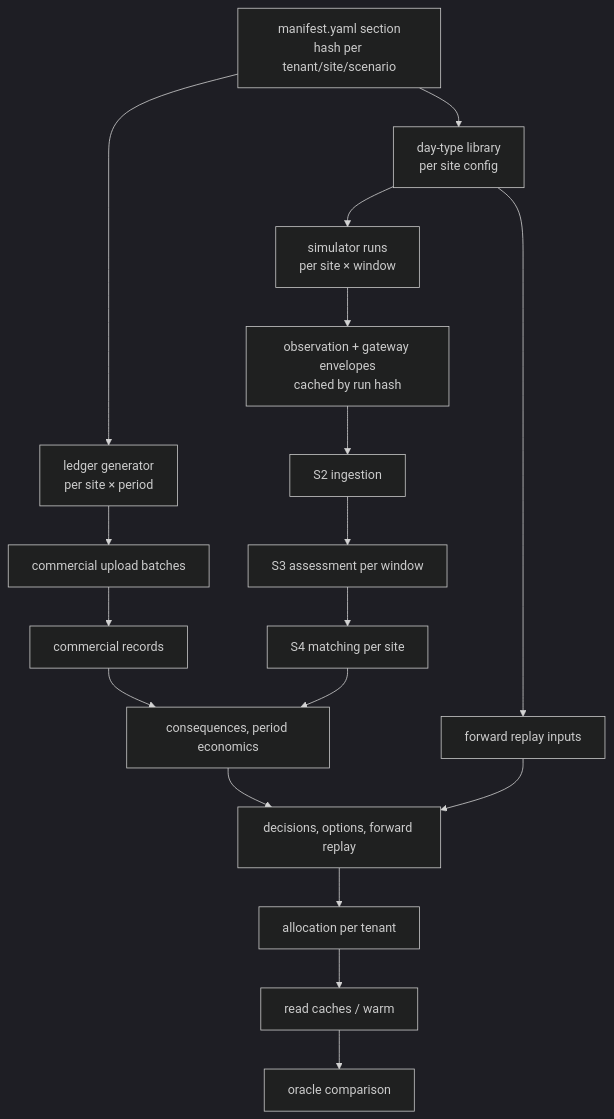
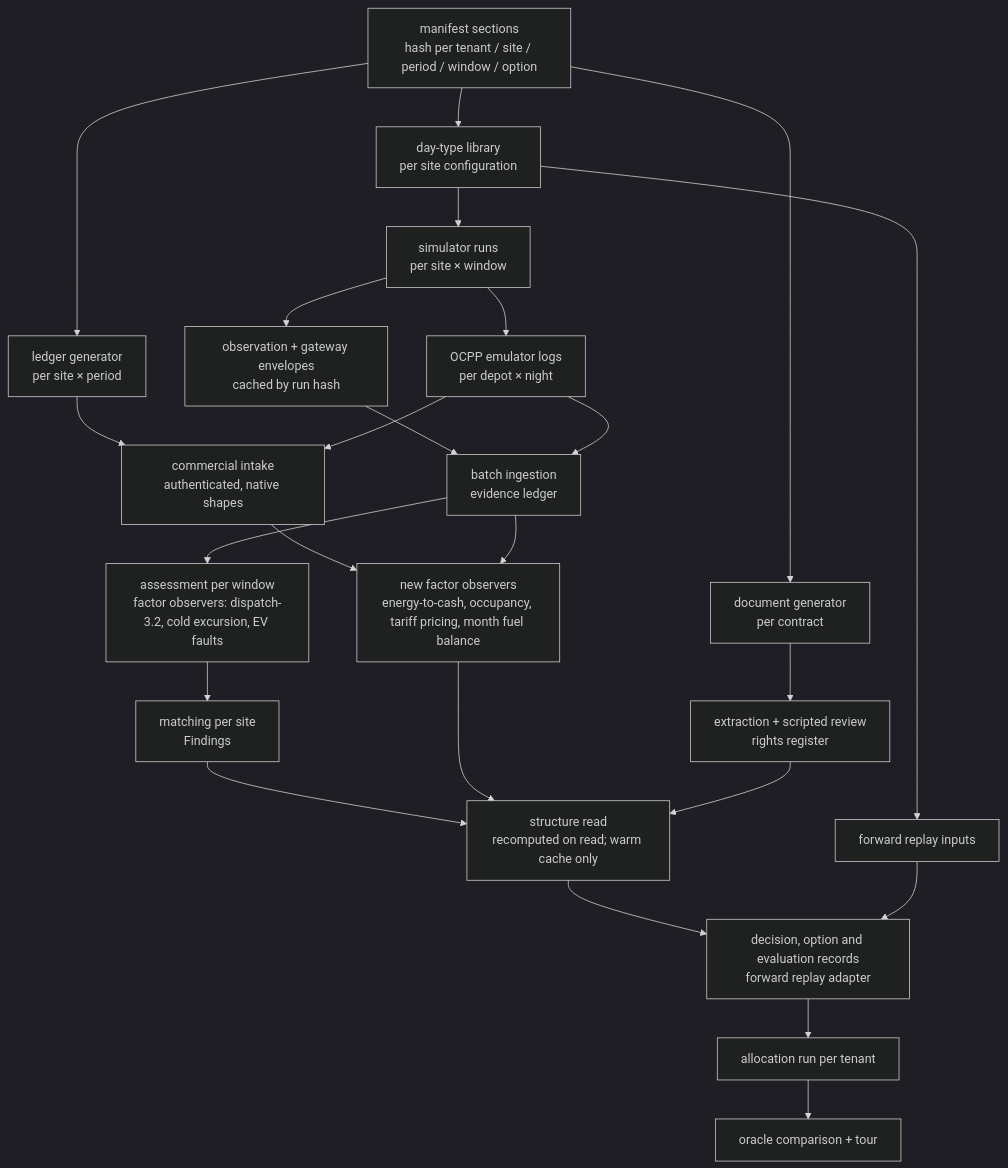
One commit to bineyame/AssetOpsV1 changed the diagram in Docs/demo-sprint/product-direction-layer4/demo-build-cost-plan.md. Above: the diagram before and after it, drawn with Mermaid (dark theme). The commit also changed other lines of this file and 148 other files, not shown here.

Commit message:
Layer 4 design pack rev 4: fundamental redesign per owner feedback (review REVISE: H1 Protect factors, M1-M3)

````diff
--- a/Docs/demo-sprint/product-direction-layer4/demo-build-cost-plan.md
+++ b/Docs/demo-sprint/product-direction-layer4/demo-build-cost-plan.md
@@ -65,20 +127,26 @@
 ```mermaid
 flowchart TD
-  M[manifest.yaml section<br/>hash per tenant/site/scenario] --> LG[ledger generator<br/>per site × period]
-  M --> DT[day-type library<br/>per site config]
+  M[manifest sections<br/>hash per tenant / site / period / window / option] --> LG[ledger generator<br/>per site × period]
+  M --> DG[document generator<br/>per contract]
+  M --> DT[day-type library<br/>per site configuration]
   DT --> SIM[simulator runs<br/>per site × window]
   SIM --> OBS[observation + gateway envelopes<br/>cached by run hash]
-  LG --> CU[commercial upload batches]
-  OBS --> S2[S2 ingestion]
-  CU --> CR[commercial records]
-  S2 --> S3[S3 assessment per window]
-  S3 --> S4[S4 matching per site]
-  S4 --> FIN[consequences, period economics]
-  CR --> FIN
-  FIN --> DEC[decisions, options, forward replay]
+  SIM --> OC[OCPP emulator logs<br/>per depot × night]
+  LG --> CI[commercial intake<br/>authenticated, native shapes]
+  DG --> RX[extraction + scripted review<br/>rights register]
+  OBS --> S2[batch ingestion<br/>evidence ledger]
+  OC --> S2
+  OC --> CI
+  S2 --> S3[assessment per window<br/>factor observers: dispatch-3.2, cold excursion, EV faults]
+  S3 --> S4[matching per site<br/>Findings]
+  CI --> FO[new factor observers<br/>energy-to-cash, occupancy, tariff pricing, month fuel balance]
+  S2 --> FO
+  S4 --> SR[structure read<br/>recomputed on read; warm cache only]
+  FO --> SR
+  RX --> SR
   DT --> FR[forward replay inputs]
+  SR --> DEC[decision, option and evaluation records<br/>forward replay adapter]
   FR --> DEC
-  DEC --> AL[allocation per tenant]
-  AL --> RC[read caches / warm]
-  RC --> OR[oracle comparison]
+  DEC --> AL[allocation run per tenant]
+  AL --> OR[oracle comparison + tour]
 ```
````
